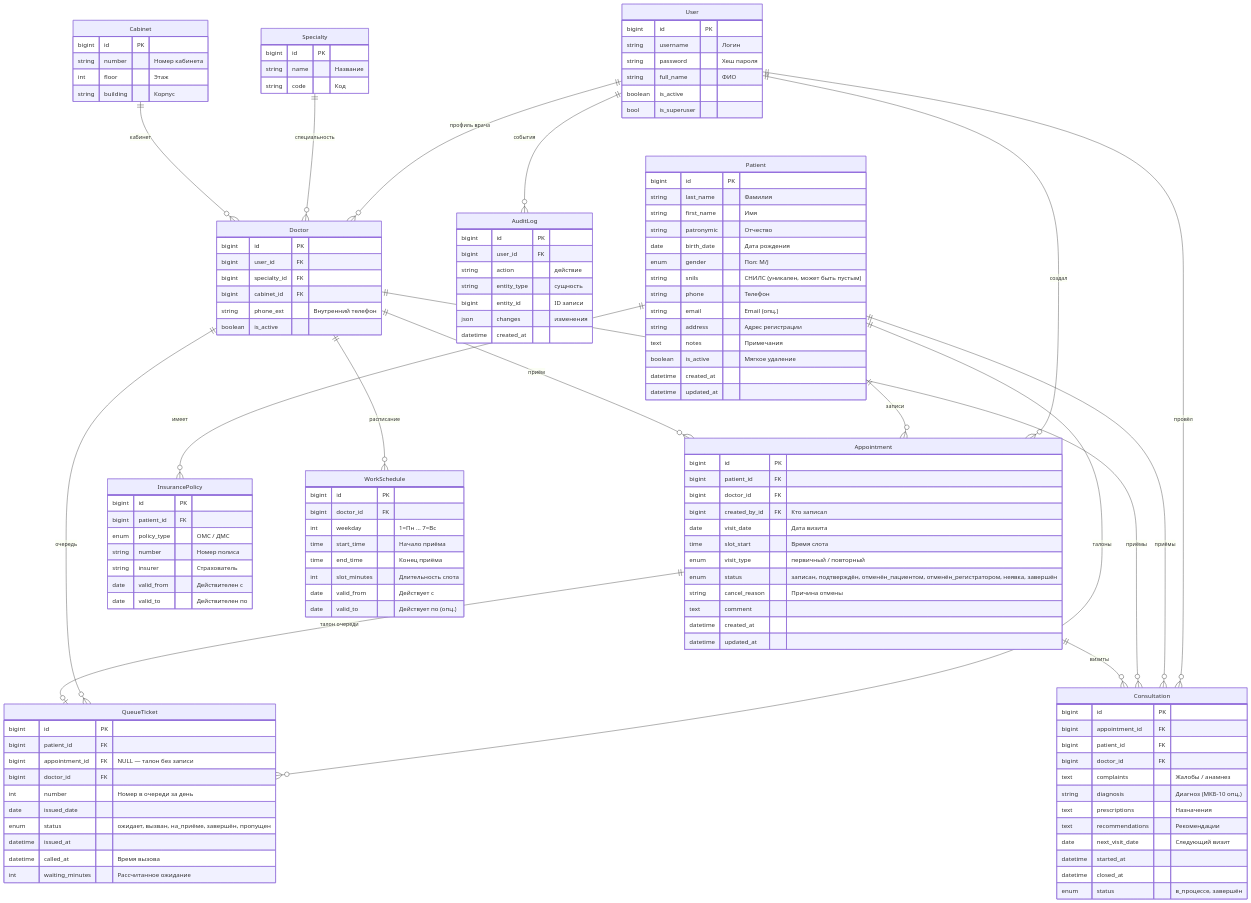
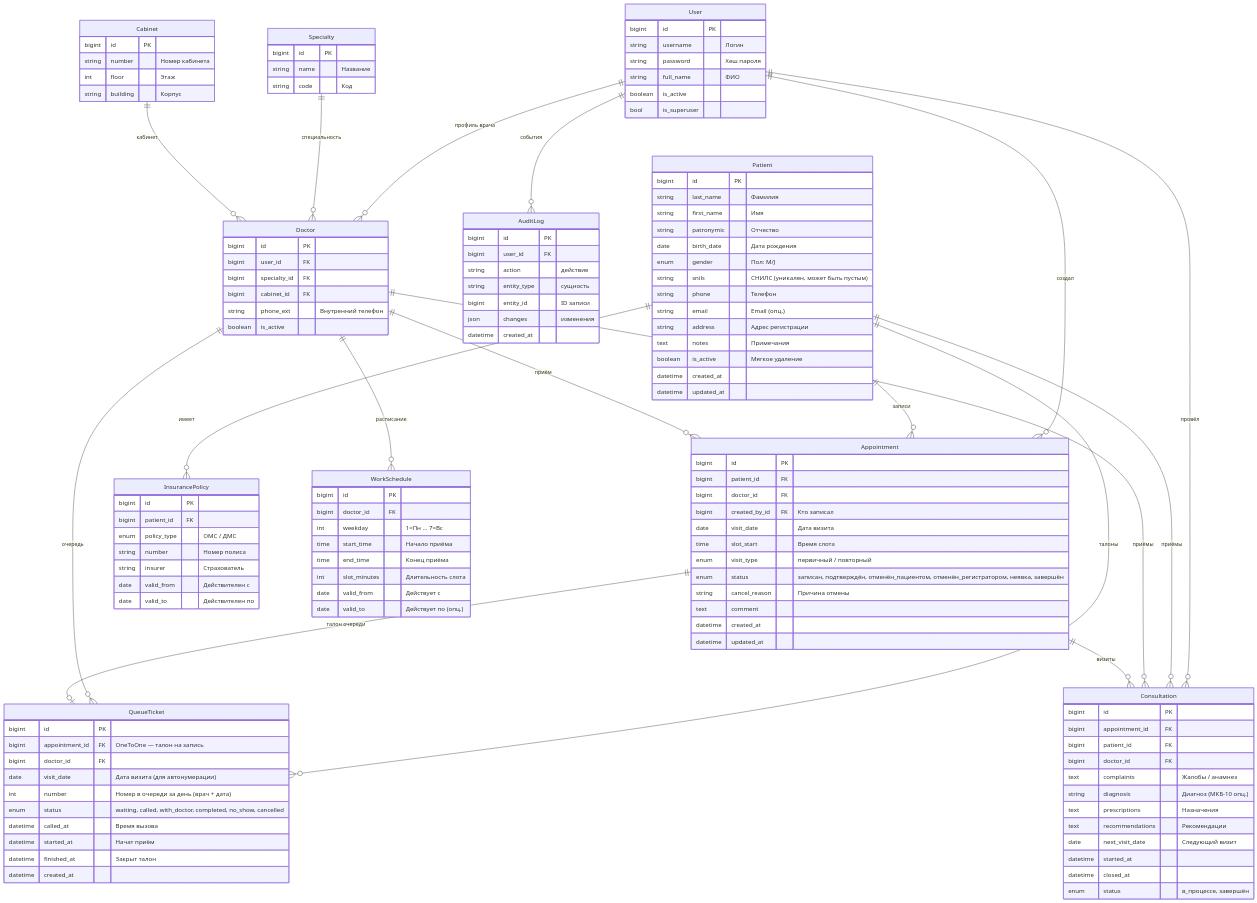
Before and after one commit to dima00110/project-jbnuu: the diagram in docs/entities.md, drawn with Mermaid. The commit also changed other lines of this file and 26 other files, not shown here.

```diff
--- a/docs/entities.md
+++ b/docs/entities.md
@@ -110,15 +110,15 @@
 
     QueueTicket {
         bigint id PK
-        bigint patient_id FK
-        bigint appointment_id FK "NULL — талон без записи"
+        bigint appointment_id FK "OneToOne — талон на запись"
         bigint doctor_id FK
-        int number "Номер в очереди за день"
-        date issued_date
-        enum status "ожидает, вызван, на_приёме, завершён, пропущен"
-        datetime issued_at
+        date visit_date "Дата визита (для автонумерации)"
+        int number "Номер в очереди за день (врач + дата)"
+        enum status "waiting, called, with_doctor, completed, no_show, cancelled"
         datetime called_at "Время вызова"
-        int waiting_minutes "Рассчитанное ожидание"
+        datetime started_at "Начат приём"
+        datetime finished_at "Закрыт талон"
+        datetime created_at
     }
 
     Consultation {
```
